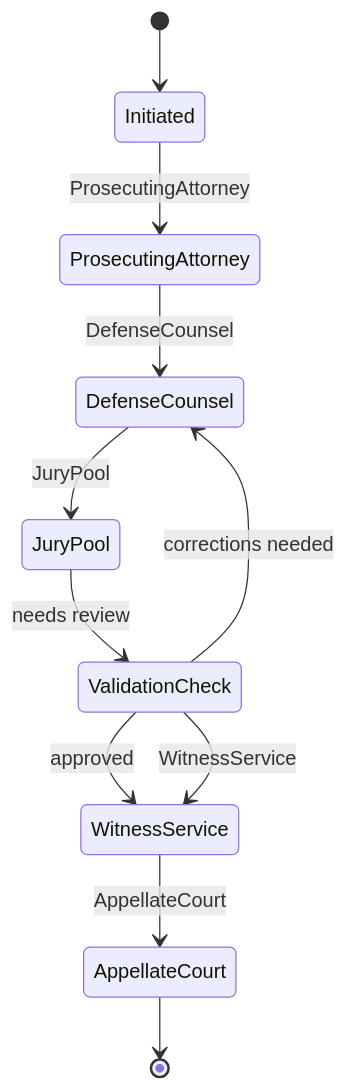
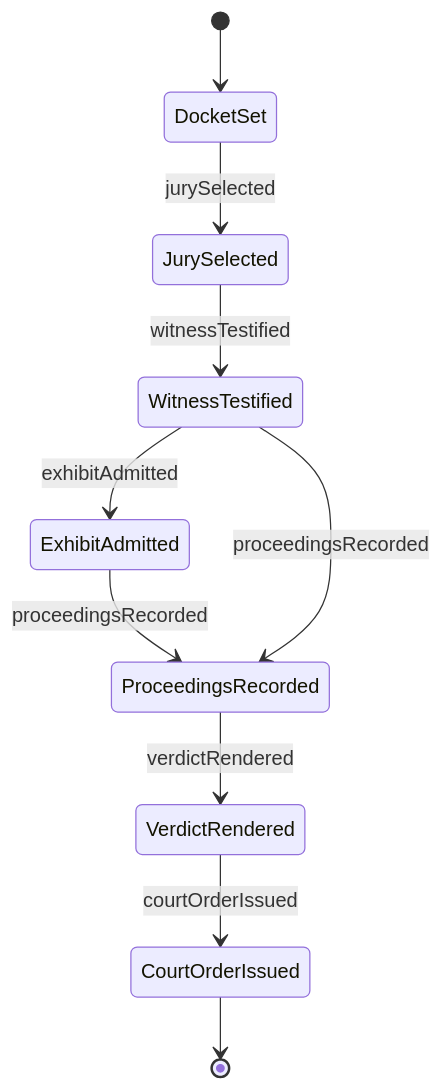
One commit to dot-org-ai/tasks.org.ai changed the second of 4 diagrams in GuidingDirectingAndMotivatingSubordinates/DirectLegalActivities/DirectCourtroomActivitiesProcedures.mdx. Above: the diagram before and after it, drawn with Mermaid. The commit also changed other lines of this file and 515 other files, not shown here.

````diff
--- a/GuidingDirectingAndMotivatingSubordinates/DirectLegalActivities/DirectCourtroomActivitiesProcedures.mdx
+++ b/GuidingDirectingAndMotivatingSubordinates/DirectLegalActivities/DirectCourtroomActivitiesProcedures.mdx
@@ -102,13 +104,12 @@
 ```mermaid
 stateDiagram-v2
-    [*] --> Initiated
-    Initiated --> ProsecutingAttorney: ProsecutingAttorney
-    ProsecutingAttorney --> DefenseCounsel: DefenseCounsel
-    DefenseCounsel --> JuryPool: JuryPool
-    JuryPool --> ValidationCheck: needs review
-    ValidationCheck --> DefenseCounsel: corrections needed
-    ValidationCheck --> WitnessService: approved
-    ValidationCheck --> WitnessService: WitnessService
-    WitnessService --> AppellateCourt: AppellateCourt
-    AppellateCourt --> [*]
+    [*] --> DocketSet
+    DocketSet --> JurySelected : jurySelected
+    JurySelected --> WitnessTestified : witnessTestified
+    WitnessTestified --> ExhibitAdmitted : exhibitAdmitted
+    ExhibitAdmitted --> ProceedingsRecorded : proceedingsRecorded
+    ProceedingsRecorded --> VerdictRendered : verdictRendered
+    VerdictRendered --> CourtOrderIssued : courtOrderIssued
+    WitnessTestified --> ProceedingsRecorded : proceedingsRecorded
+    CourtOrderIssued --> [*]
 ```
````
